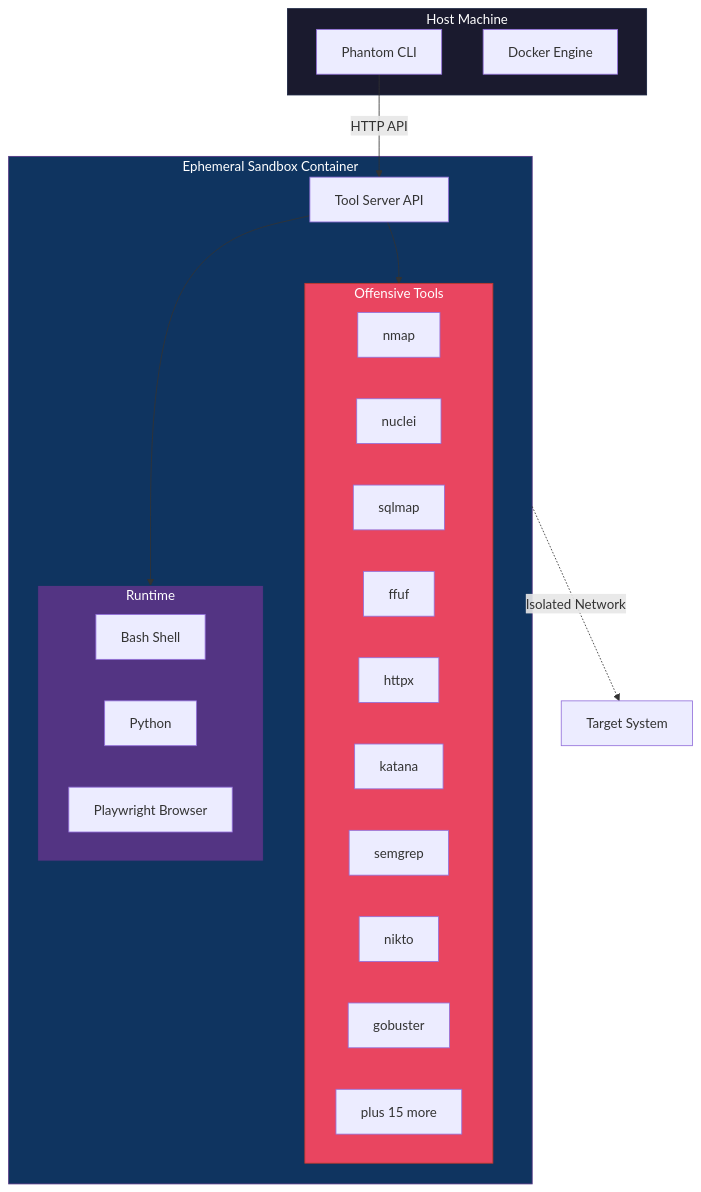
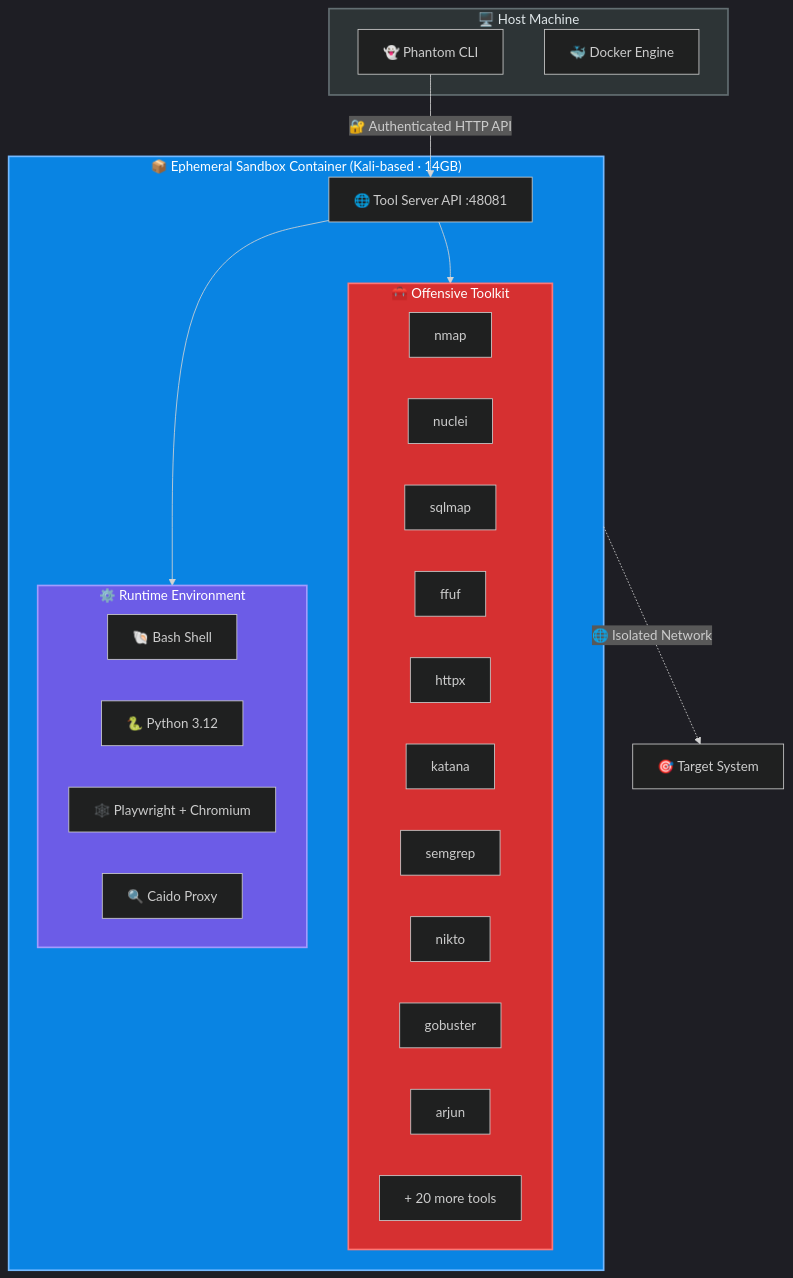
Before and after one commit to Usta0x001/Phantom: the fourth of 7 diagrams in README.md, drawn with Mermaid. The commit also changed other lines of this file and 2 other files, not shown here.

Commit message:
redesign README with emojis, collapsible diagrams; comprehensive LaTeX report (39 pages, 15 chapters, TikZ diagrams)

````diff
--- a/README.md
+++ b/README.md
@@ -238,40 +280,43 @@
 ```mermaid
+%%{init: {'theme': 'dark', 'themeVariables': {'primaryColor': '#0984e3', 'primaryTextColor': '#fff'}}}%%
 graph TB
-    subgraph Host["Host Machine"]
-        CLI[Phantom CLI]
-        DockerEngine[Docker Engine]
+    subgraph Host["🖥️ Host Machine"]
+        CLI["👻 Phantom CLI"]
+        DockerEngine["🐳 Docker Engine"]
     end
 
-    subgraph Container["Ephemeral Sandbox Container"]
-        ToolServer[Tool Server API]
+    subgraph Container["📦 Ephemeral Sandbox Container (Kali-based · 14GB)"]
+        ToolServer["🌐 Tool Server API :48081"]
 
-        subgraph OffensiveTools["Offensive Tools"]
-            nmap[nmap]
-            nuclei[nuclei]
-            sqlmap[sqlmap]
-            ffuf[ffuf]
-            httpx[httpx]
-            katana[katana]
-            semgrep[semgrep]
-            nikto[nikto]
-            gobuster[gobuster]
-            more[plus 15 more]
+        subgraph OffensiveTools["🧰 Offensive Toolkit"]
+            nmap["nmap"]
+            nuclei["nuclei"]
+            sqlmap["sqlmap"]
+            ffuf["ffuf"]
+            httpx["httpx"]
+            katana["katana"]
+            semgrep["semgrep"]
+            nikto["nikto"]
+            gobuster["gobuster"]
+            arjun["arjun"]
+            more["+ 20 more tools"]
         end
 
-        subgraph Runtime["Runtime"]
-            Shell[Bash Shell]
-            Python[Python]
-            PW[Playwright Browser]
+        subgraph Runtime["⚙️ Runtime Environment"]
+            Shell["🐚 Bash Shell"]
+            Python["🐍 Python 3.12"]
+            PW["🕸️ Playwright + Chromium"]
+            Caido["🔍 Caido Proxy"]
         end
     end
 
-    CLI --> |HTTP API| ToolServer
+    CLI --> |"🔐 Authenticated HTTP API"| ToolServer
     ToolServer --> OffensiveTools
     ToolServer --> Runtime
-    Container -.-> |Isolated Network| Target["Target System"]
+    Container -.-> |"🌐 Isolated Network"| Target["🎯 Target System"]
 
-    style Host fill:#1a1a2e,stroke:#16213e,color:#fff
-    style Container fill:#0f3460,stroke:#533483,color:#fff
-    style OffensiveTools fill:#e94560,stroke:#c0392b,color:#fff
-    style Runtime fill:#533483,stroke:#0f3460,color:#fff
+    style Host fill:#2d3436,stroke:#636e72,color:#dfe6e9,stroke-width:2px
+    style Container fill:#0984e3,stroke:#74b9ff,color:#fff,stroke-width:2px
+    style OffensiveTools fill:#d63031,stroke:#ff7675,color:#fff,stroke-width:2px
+    style Runtime fill:#6c5ce7,stroke:#a29bfe,color:#fff,stroke-width:2px
 ```
````
